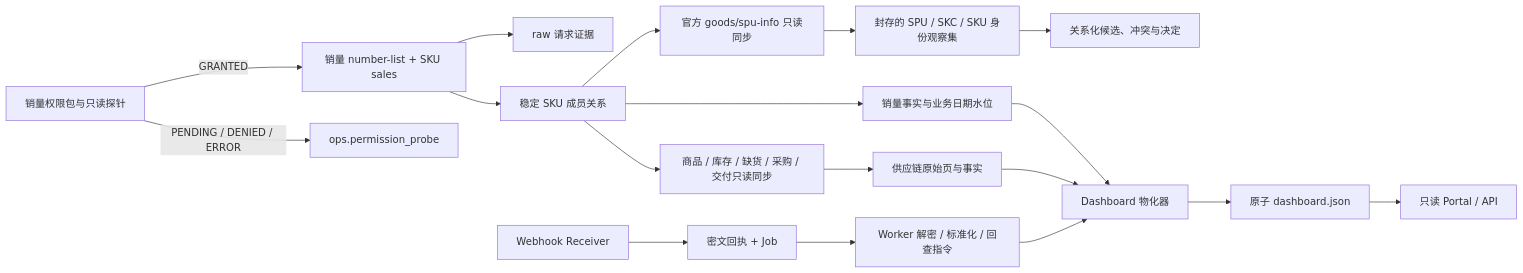
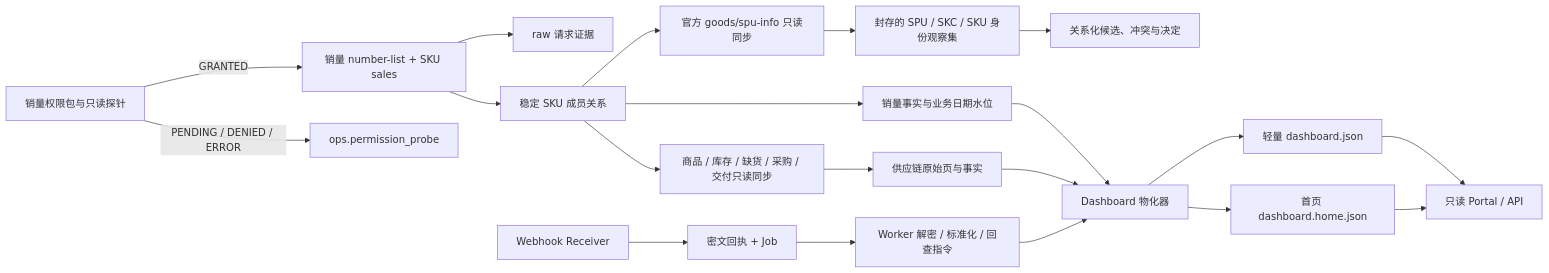
One commit to dushengyi1993/shein-full-managed-bi changed the diagram in docs/architecture.md. Above: the diagram before and after it, drawn with Mermaid. The commit also changed other lines of this file and 12 other files, not shown here.

````diff
--- a/docs/architecture.md
+++ b/docs/architecture.md
@@ -11,20 +11,22 @@
 ```mermaid
 flowchart LR
     P["销量权限包与只读探针"] -->|GRANTED| S["销量 number-list + SKU sales"]
     P -->|PENDING / DENIED / ERROR| O["ops.permission_probe"]
     S --> R["raw 请求证据"]
     S --> D["稳定 SKU 成员关系"]
     D --> SF["销量事实与业务日期水位"]
     D --> Q["商品 / 库存 / 缺货 / 采购 / 交付只读同步"]
     Q --> RF["供应链原始页与事实"]
     D --> GI["官方 goods/spu-info 只读同步"]
     GI --> IO["封存的 SPU / SKC / SKU 身份观察集"]
     IO --> IC["关系化候选、冲突与决定"]
     WH["Webhook Receiver"] --> WR["密文回执 + Job"]
     WR --> WW["Worker 解密 / 标准化 / 回查指令"]
     SF --> M["Dashboard 物化器"]
     RF --> M
     WW --> M
-    M --> J["原子 dashboard.json"]
+    M --> J["轻量 dashboard.json"]
+    M --> H["首页 dashboard.home.json"]
     J --> BI["只读 Portal / API"]
+    H --> BI
 ```
````
